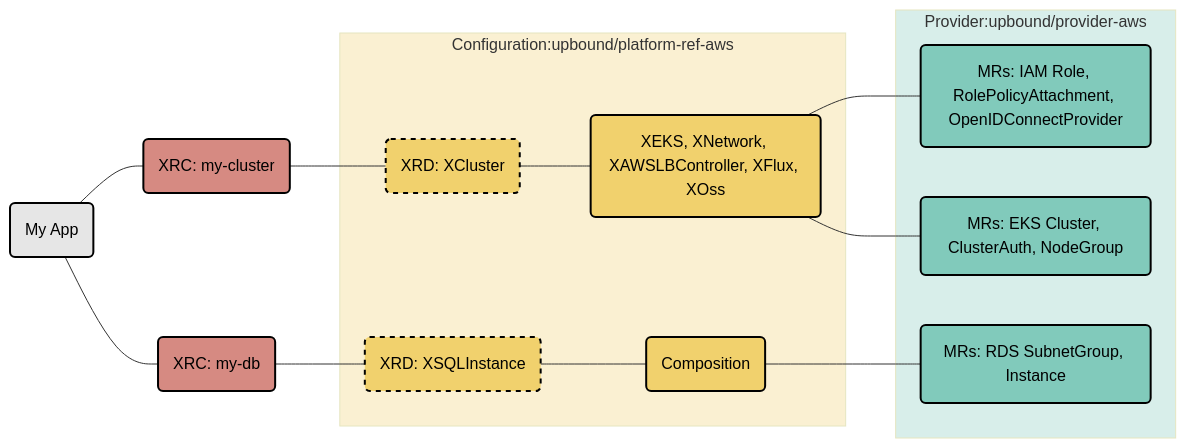
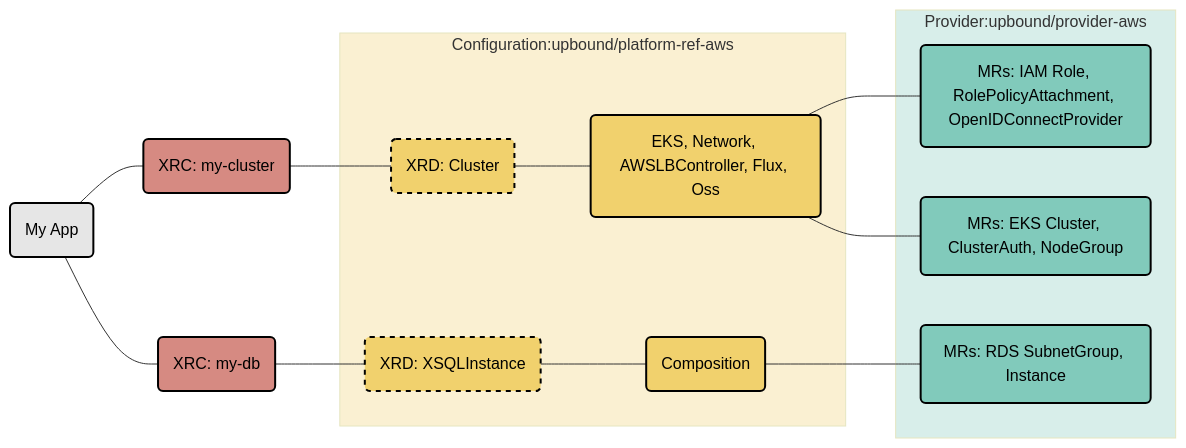
The diagram in README.md (upbound/platform-ref-aws), drawn with Mermaid before and after one commit. The commit also changed other lines of this file and 15 other files, not shown here.

````diff
--- a/README.md
+++ b/README.md
@@ -37,30 +37,30 @@
 ```mermaid
 graph LR;
     MyApp(My App)---MyCluster(XRC: my-cluster);
-    MyCluster---XRD1(XRD: XCluster);
+    MyCluster---XRD1(XRD: Cluster);
     MyApp---MyDB(XRC: my-db);
     MyDB---XRD2(XRD: XSQLInstance);
 		subgraph Configuration:upbound/platform-ref-aws;
-	    XRD1---Composition(XEKS, XNetwork, XAWSLBController, XFlux, XOss);
+	    XRD1---Composition(EKS, Network, AWSLBController, Flux, Oss);
 	    XRD2---Composition2(Composition);
 		end
 		subgraph Provider:upbound/provider-aws
 	    Composition---IAM.MRs(MRs: IAM Role, RolePolicyAttachment, OpenIDConnectProvider);
 	    Composition---EKS.MRs(MRs: EKS Cluster, ClusterAuth, NodeGroup);
 	    Composition2---RDS.MRs(MRs: RDS SubnetGroup, Instance);
 		end
 
 style MyApp color:#000,fill:#e6e6e6,stroke:#000,stroke-width:2px
 style MyCluster color:#000,fill:#D68A82,stroke:#000,stroke-width:2px
 style MyDB color:#000,fill:#D68A82,stroke:#000,stroke-width:2px
 style Configuration:upbound/platform-ref-aws fill:#f1d16d,opacity:0.3
 style Provider:upbound/provider-aws fill:#81CABB,opacity:0.3
 style XRD1 color:#000,fill:#f1d16d,stroke:#000,stroke-width:2px,stroke-dasharray: 5 5
 style XRD2 color:#000,fill:#f1d16d,stroke:#000,stroke-width:2px,stroke-dasharray: 5 5
 style Composition color:#000,fill:#f1d16d,stroke:#000,stroke-width:2px
 style Composition2 color:#000,fill:#f1d16d,stroke:#000,stroke-width:2px
 
 style IAM.MRs color:#000,fill:#81CABB,stroke:#000,stroke-width:2px
 style EKS.MRs color:#000,fill:#81CABB,stroke:#000,stroke-width:2px
 style RDS.MRs color:#000,fill:#81CABB,stroke:#000,stroke-width:2px
 ```
````
